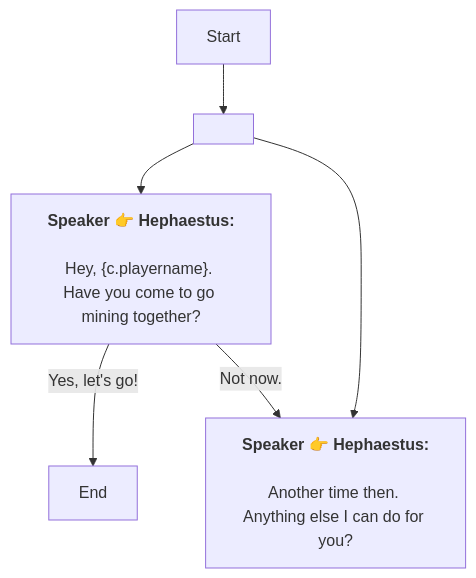
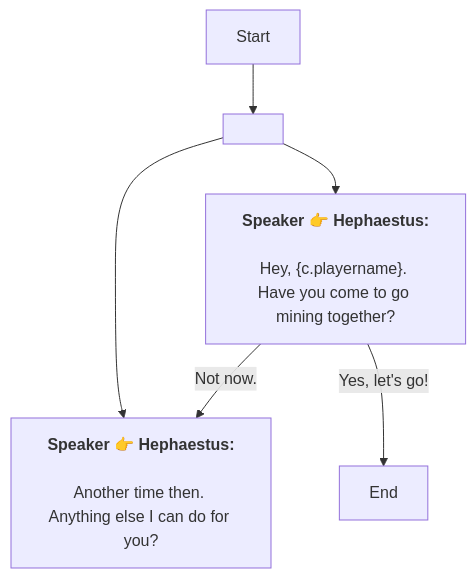
The diagram in En/QuestTalkObjectiveNode_1750657146285344.md (SoftHu/tos_avg), drawn with Mermaid before and after one commit. The commit also changed other lines of this file and 780 other files, not shown here.

````diff
--- a/En/QuestTalkObjectiveNode_1750657146285344.md
+++ b/En/QuestTalkObjectiveNode_1750657146285344.md
@@ -1,15 +1,15 @@
 ```mermaid
 graph
 Start -->1750911911868690[ ]
+1750911911868690 -->1750911970255123[<b>Speaker 👉 Hephaestus:</b>
+\nAnother time then. 
+Anything else I can do for you?]
 1750911911868690 -->1750658557600035[<b>Speaker 👉 Hephaestus:</b>
 \nHey, &lbrace;c.playername&rbrace;. 
 Have you come to go mining together?]
-1750911911868690 -->1750911970255123[<b>Speaker 👉 Hephaestus:</b>
+1750658557600035 -->|Not now.|1750911970255123[<b>Speaker 👉 Hephaestus:</b>
 \nAnother time then. 
 Anything else I can do for you?]
 1750658557600035 -->|Yes, let's go!|1750835737352708[End]
-1750658557600035 -->|Not now.|1750911970255123[<b>Speaker 👉 Hephaestus:</b>
-\nAnother time then. 
-Anything else I can do for you?]
 
 ```
````
